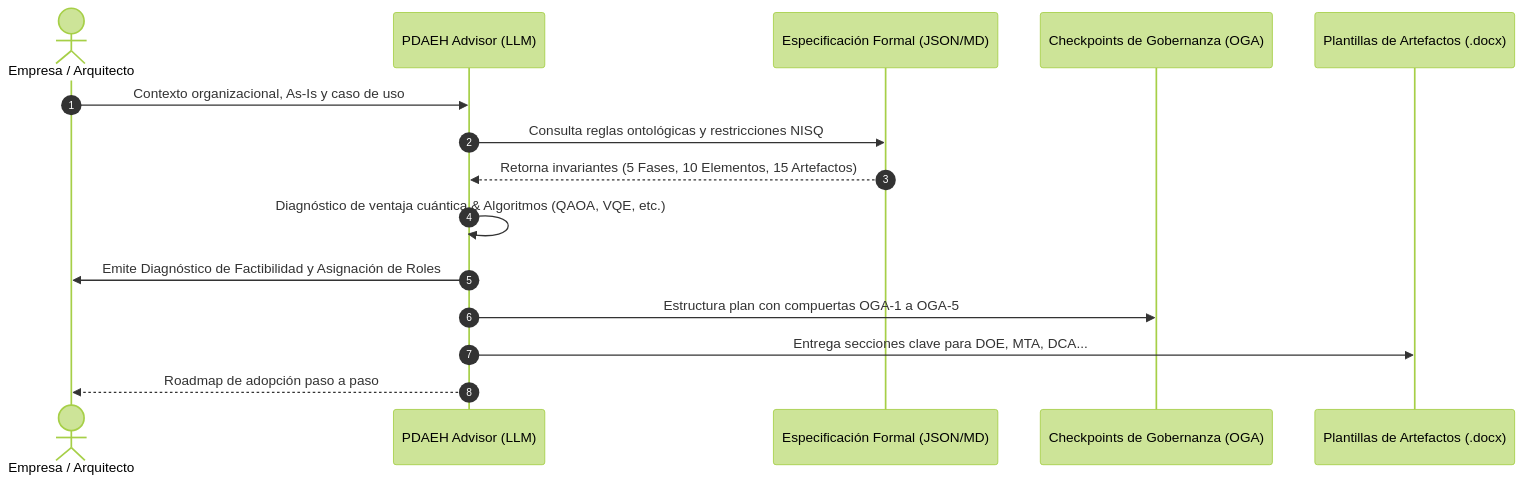
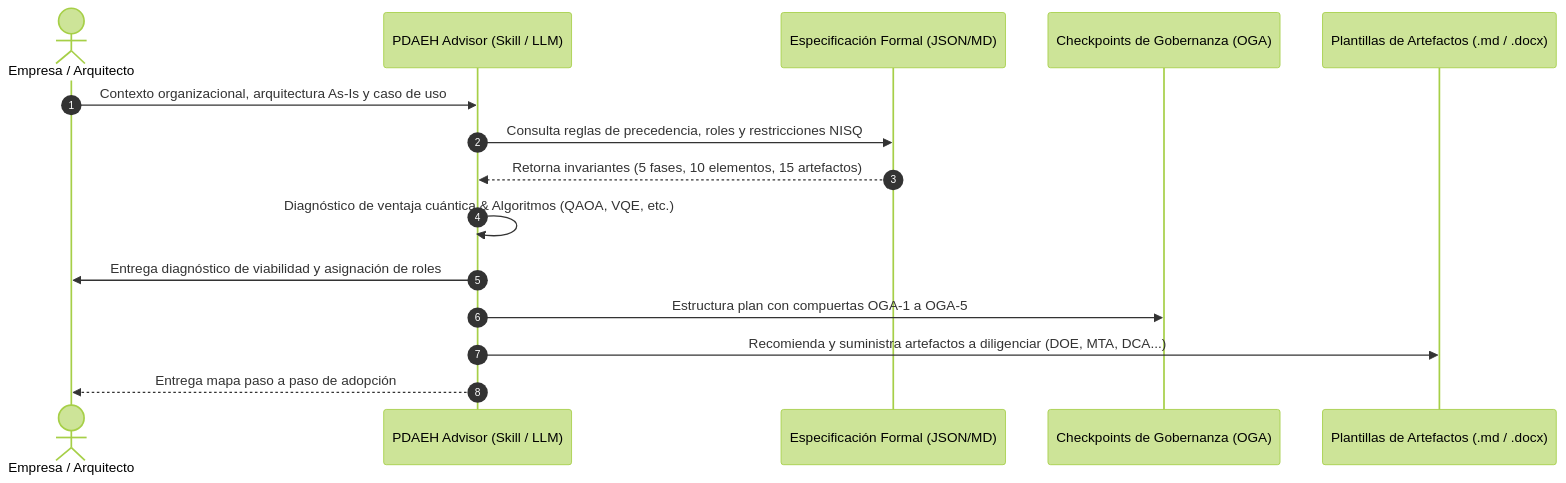
The diagram in README.md (corozco-personal/pdaeh-tesis-doctoral), drawn with Mermaid (forest theme) before and after one commit. The commit also changed other lines of this file and 3 other files, not shown here.

````diff
--- a/README.md
+++ b/README.md
@@ -37,18 +38,18 @@
 ```mermaid
 sequenceDiagram
     autonumber
     actor User as Empresa / Arquitecto
-    participant Agent as PDAEH Advisor (LLM)
+    participant Agent as PDAEH Advisor (Skill / LLM)
     participant Spec as Especificación Formal (JSON/MD)
     participant OGA as Checkpoints de Gobernanza (OGA)
-    participant Templates as Plantillas de Artefactos (.docx)
+    participant Templates as Plantillas de Artefactos (.md / .docx)
 
-    User->>Agent: Contexto organizacional, As-Is y caso de uso
-    Agent->>Spec: Consulta reglas ontológicas y restricciones NISQ
-    Spec-->>Agent: Retorna invariantes (5 Fases, 10 Elementos, 15 Artefactos)
+    User->>Agent: Contexto organizacional, arquitectura As-Is y caso de uso
+    Agent->>Spec: Consulta reglas de precedencia, roles y restricciones NISQ
+    Spec-->>Agent: Retorna invariantes (5 fases, 10 elementos, 15 artefactos)
     Agent->>Agent: Diagnóstico de ventaja cuántica & Algoritmos (QAOA, VQE, etc.)
-    Agent->>User: Emite Diagnóstico de Factibilidad y Asignación de Roles
+    Agent->>User: Entrega diagnóstico de viabilidad y asignación de roles
     Agent->>OGA: Estructura plan con compuertas OGA-1 a OGA-5
-    Agent->>Templates: Entrega secciones clave para DOE, MTA, DCA...
-    Agent-->>User: Roadmap de adopción paso a paso
+    Agent->>Templates: Recomienda y suministra artefactos a diligenciar (DOE, MTA, DCA...)
+    Agent-->>User: Entrega mapa paso a paso de adopción
 ```
````
